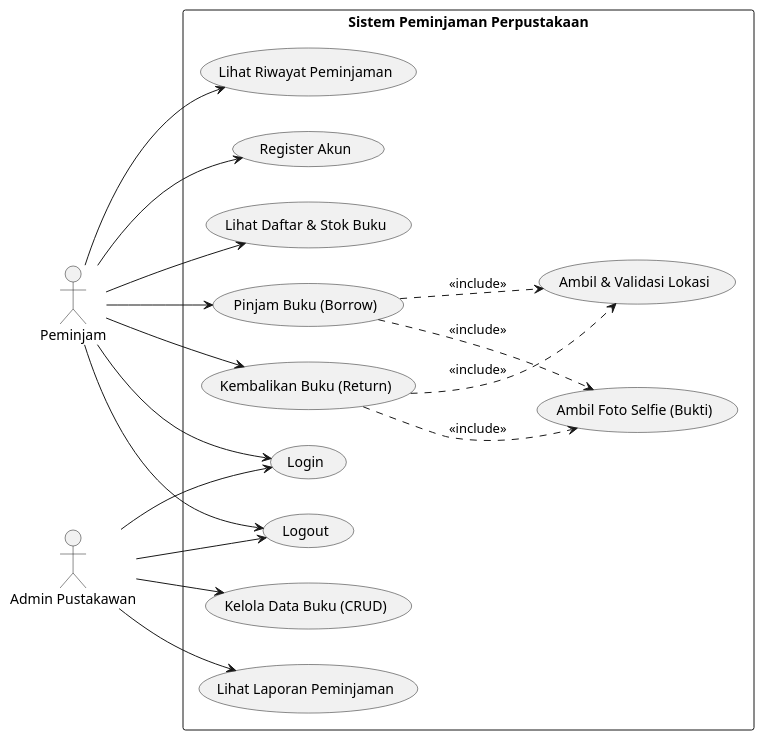
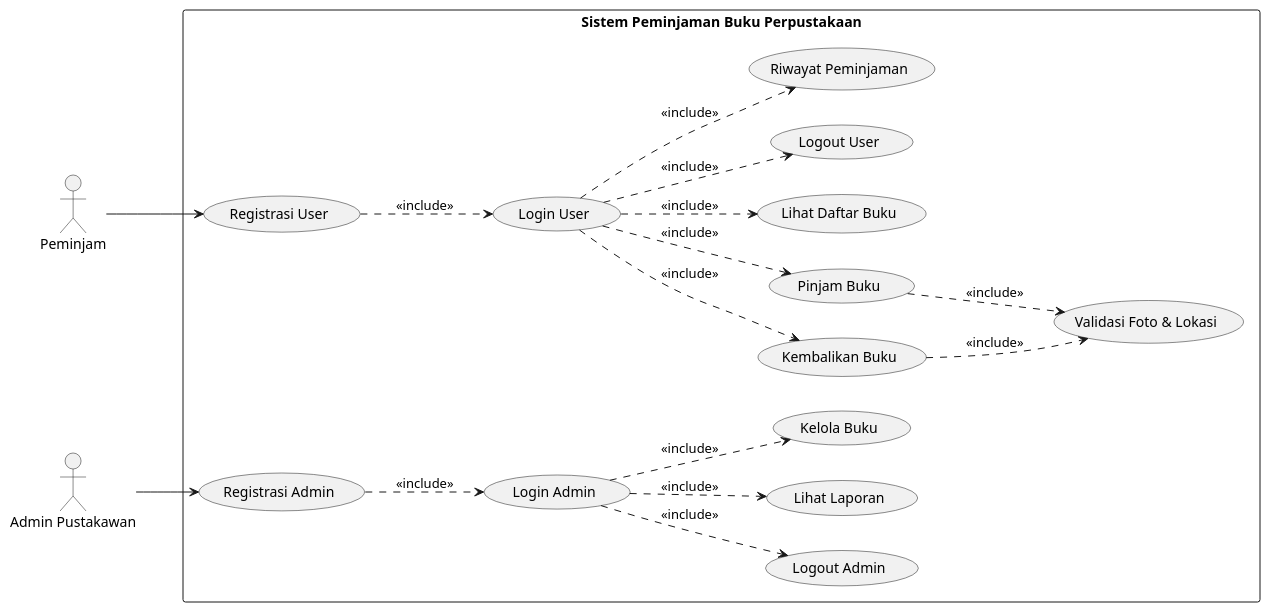
The diagram in UseCase.puml (A-PPAW-TI503P-2025/PROJECT_KELOMPOK2_LOKASI-KAMERA), drawn with PlantUML before and after one commit.

Commit message:
fixed usecase

```diff
--- a/UseCase.puml
+++ b/UseCase.puml
@@ -1,61 +1,49 @@
 @startuml
 left to right direction
 skinparam packageStyle rectangle
 
-' --- Definisi Aktor ---
 actor "Peminjam" as user
 actor "Admin Pustakawan" as admin
 
-' --- Batas Sistem ---
-rectangle "Sistem Peminjaman Perpustakaan" {
+rectangle "Sistem Peminjaman Buku Perpustakaan" {
+    ' Use Case Peminjam
+    usecase "Registrasi User" as UC_Reg_User
+    usecase "Login User" as UC_Login_User
+    usecase "Kembalikan Buku" as UC_Return
+    usecase "Pinjam Buku" as UC_Borrow
+    usecase "Lihat Daftar Buku" as UC_Search
+    usecase "Logout User" as UC_Logout_User
+    usecase "Riwayat Peminjaman" as UC_History
 
-  ' --- Use Case Autentikasi (Modul 6 & 7) ---
-  usecase "Login" as UC_Login
-  usecase "Register Akun" as UC_Register
-  usecase "Logout" as UC_Logout
+    ' Use Case Admin
+    usecase "Registrasi Admin" as UC_Reg_Admin
+    usecase "Login Admin" as UC_Login_Admin
+    usecase "Logout Admin" as UC_Logout_Admin
+    usecase "Lihat Laporan" as UC_Report
+    usecase "Kelola Buku" as UC_Manage
 
-  ' --- Use Case User/Mahasiswa ---
-  usecase "Lihat Daftar & Stok Buku" as UC_Search
-  usecase "Pinjam Buku (Borrow)" as UC_Borrow
-  usecase "Kembalikan Buku (Return)" as UC_Return
-  usecase "Lihat Riwayat Peminjaman" as UC_History
-
-  ' --- Use Case Admin ---
-  usecase "Kelola Data Buku (CRUD)" as UC_ManageItems
-  usecase "Lihat Laporan Peminjaman" as UC_Report
-
-  ' --- Use Case Teknis (Fitur Utama Modul 9 & 10) ---
-  usecase "Ambil Foto Selfie (Bukti)" as UC_Selfie
-  usecase "Ambil & Validasi Lokasi" as UC_GPS
-
+    ' Use Case Teknis
+    usecase "Validasi Foto & Lokasi" as UC_Tech
 }
 
-' --- Relasi Aktor ke Use Case ---
+' --- Relasi Peminjam ---
+user --> UC_Reg_User
+UC_Reg_User ..> UC_Login_User : <<include>>
+UC_Login_User ..> UC_Return : <<include>>
+UC_Login_User ..> UC_Borrow : <<include>>
+UC_Login_User ..> UC_Search : <<include>>
+UC_Login_User ..> UC_Logout_User : <<include>>
+UC_Login_User ..> UC_History : <<include>>
 
-' User Interactions
-user --> UC_Register
-user --> UC_Login
-user --> UC_Logout
-user --> UC_Search
-user --> UC_Borrow
-user --> UC_Return
-user --> UC_History
+' --- Relasi Validasi ---
+UC_Return ..> UC_Tech : <<include>>
+UC_Borrow ..> UC_Tech : <<include>>
 
-' Admin Interactions
-admin --> UC_Login
-admin --> UC_Logout
-admin --> UC_ManageItems
-admin --> UC_Report
-
-' --- Relasi Include (Wajib Dilakukan) ---
-' Saat Pinjam atau Kembali, WAJIB Selfie & Cek Lokasi
-
-UC_Borrow ..> UC_Selfie : <<include>>
-UC_Borrow ..> UC_GPS : <<include>>
-
-UC_Return ..> UC_Selfie : <<include>>
-UC_Return ..> UC_GPS : <<include>>
-
-
+' --- Relasi Admin ---
+admin --> UC_Reg_Admin
+UC_Reg_Admin ..> UC_Login_Admin : <<include>>
+UC_Login_Admin ..> UC_Logout_Admin : <<include>>
+UC_Login_Admin ..> UC_Report : <<include>>
+UC_Login_Admin ..> UC_Manage : <<include>>
 
 @enduml
```
